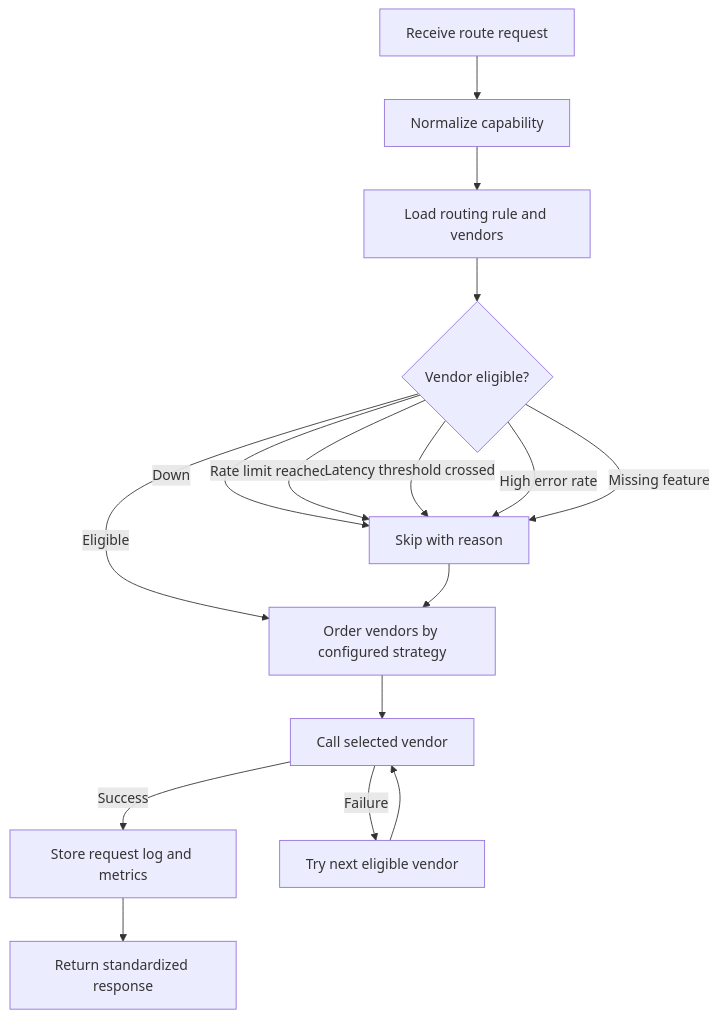
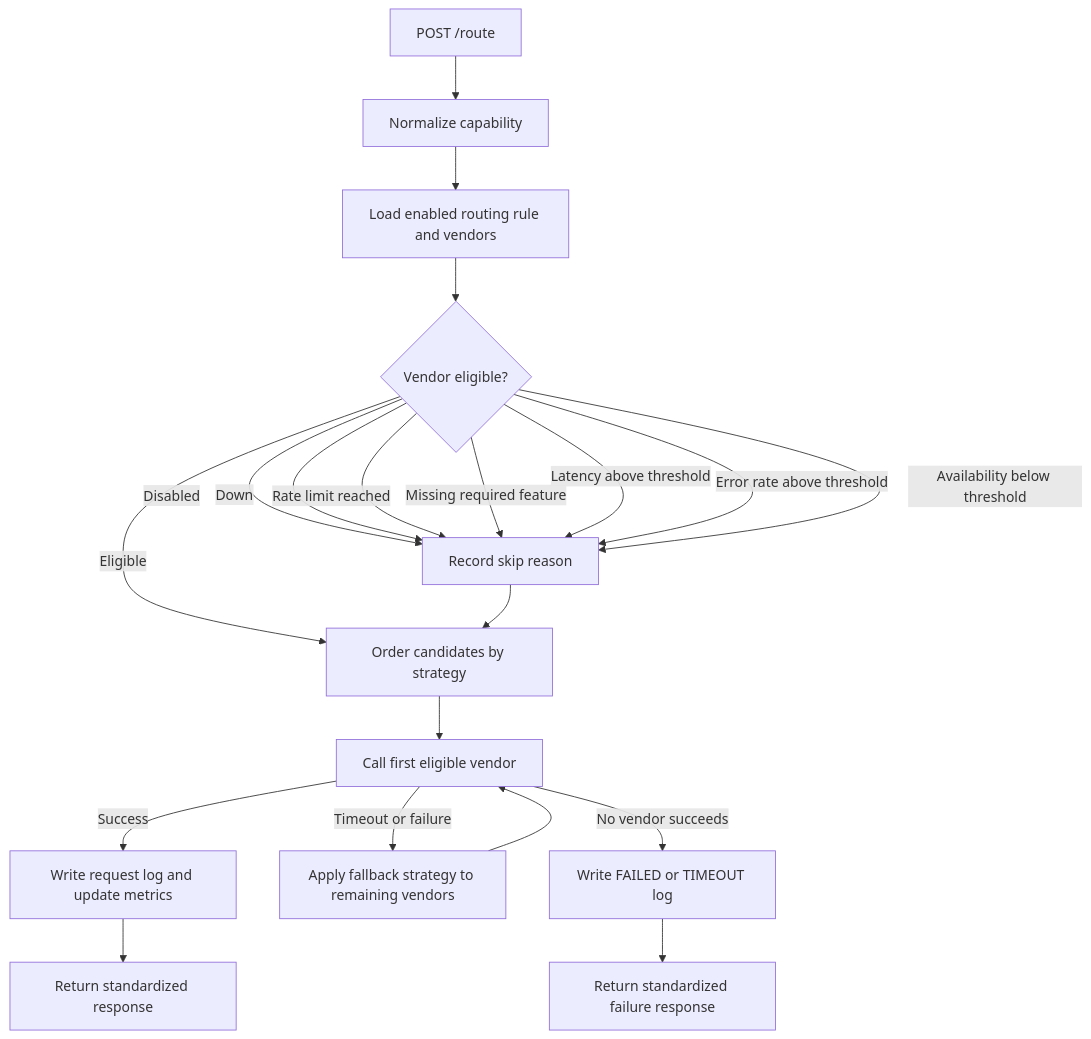
Before and after one commit to Sriman2517/VendorSwitch: the second of 4 diagrams in ARCHITECTURE.md, drawn with Mermaid. The commit also changed other lines of this file and 9 other files, not shown here.

Commit message:
Added Agentic Ai flow

````diff
--- a/ARCHITECTURE.md
+++ b/ARCHITECTURE.md
@@ -28,18 +44,24 @@
 ```mermaid
 flowchart TD
-  Start[Receive route request] --> Capability[Normalize capability]
-  Capability --> Load[Load routing rule and vendors]
-  Load --> Check{Vendor eligible?}
-  Check -->|Down| Skip[Skip with reason]
-  Check -->|Rate limit reached| Skip
-  Check -->|Latency threshold crossed| Skip
-  Check -->|High error rate| Skip
-  Check -->|Missing feature| Skip
-  Check -->|Eligible| Strategy[Order vendors by configured strategy]
-  Strategy --> Try[Call selected vendor]
-  Try -->|Success| LogSuccess[Store request log and metrics]
-  Try -->|Failure| Failover[Try next eligible vendor]
-  Failover --> Try
+  Start[POST /route] --> Capability[Normalize capability]
+  Capability --> Load[Load enabled routing rule and vendors]
+  Load --> Eligibility{Vendor eligible?}
+
+  Eligibility -->|Disabled| Skip[Record skip reason]
+  Eligibility -->|Down| Skip
+  Eligibility -->|Rate limit reached| Skip
+  Eligibility -->|Missing required feature| Skip
+  Eligibility -->|Latency above threshold| Skip
+  Eligibility -->|Error rate above threshold| Skip
+  Eligibility -->|Availability below threshold| Skip
+  Eligibility -->|Eligible| Order[Order candidates by strategy]
+
+  Skip --> Order
+  Order --> Try[Call first eligible vendor]
+  Try -->|Success| LogSuccess[Write request log and update metrics]
+  Try -->|Timeout or failure| Fallback[Apply fallback strategy to remaining vendors]
+  Fallback --> Try
   LogSuccess --> Response[Return standardized response]
-  Skip --> Strategy
+  Try -->|No vendor succeeds| LogFailure[Write FAILED or TIMEOUT log]
+  LogFailure --> ErrorResponse[Return standardized failure response]
 ```
````
